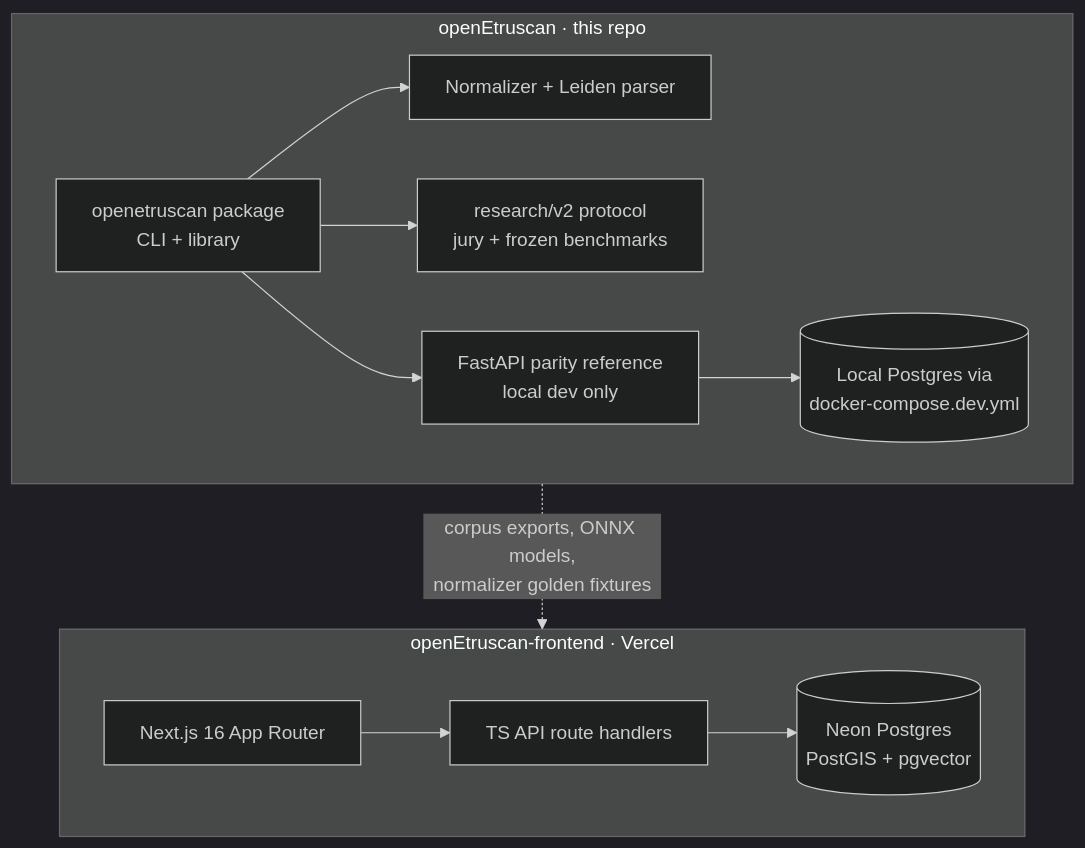
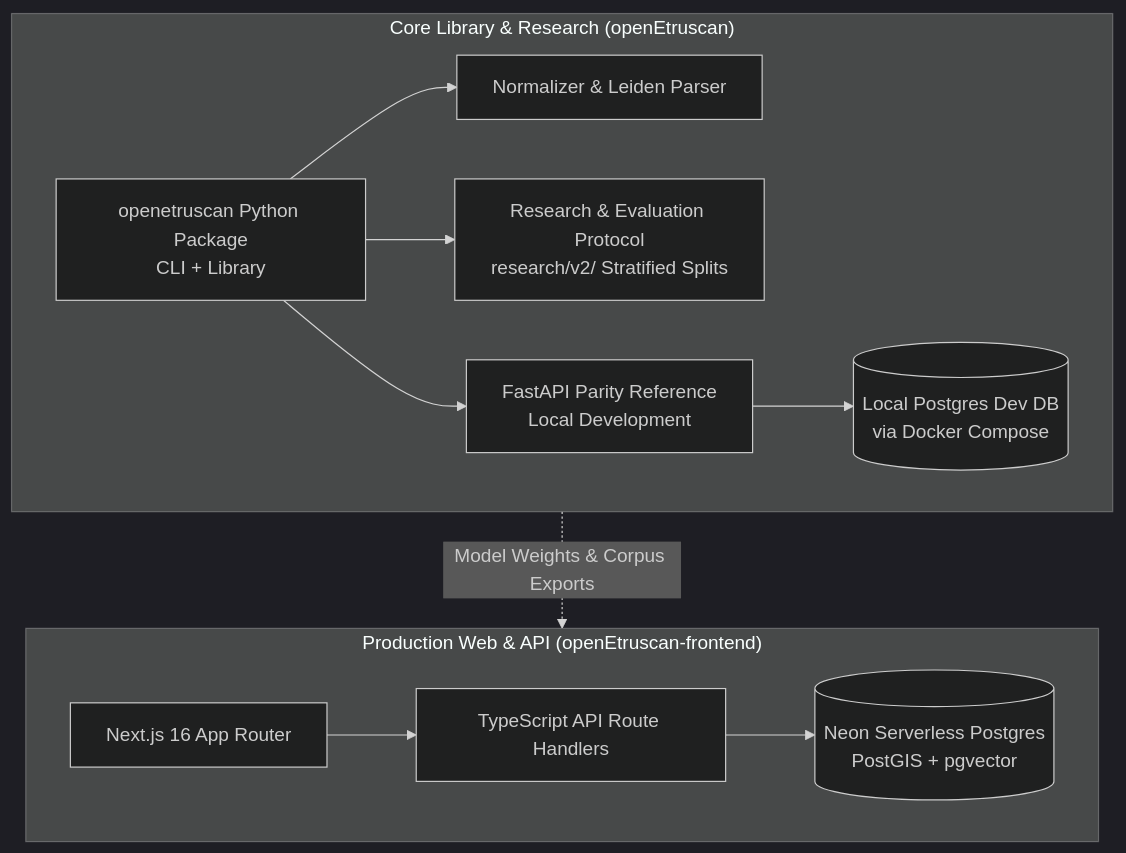
Before and after one commit to Eddy1919/openEtruscan: the diagram in docs/ARCHITECTURE.md, drawn with Mermaid (dark theme). The commit also changed other lines of this file and 6 other files, not shown here.

````diff
--- a/docs/ARCHITECTURE.md
+++ b/docs/ARCHITECTURE.md
@@ -16,16 +8,16 @@
 ```mermaid
 graph TD
-    subgraph Production [openEtruscan-frontend · Vercel]
-        A[Next.js 16 App Router] --> B[TS API route handlers]
-        B --> C[(Neon Postgres<br/>PostGIS + pgvector)]
+    subgraph Production ["Production Web & API (openEtruscan-frontend)"]
+        A[Next.js 16 App Router] --> B[TypeScript API Route Handlers]
+        B --> C[(Neon Serverless Postgres<br/>PostGIS + pgvector)]
     end
 
-    subgraph Research [openEtruscan · this repo]
-        D[openetruscan package<br/>CLI + library] --> E[Normalizer + Leiden parser]
-        D --> F[research/v2 protocol<br/>jury + frozen benchmarks]
-        D --> G[FastAPI parity reference<br/>local dev only]
-        G --> H[(Local Postgres via<br/>docker-compose.dev.yml)]
+    subgraph Research ["Core Library & Research (openEtruscan)"]
+        D[openetruscan Python Package<br/>CLI + Library] --> E[Normalizer & Leiden Parser]
+        D --> F[Research & Evaluation Protocol<br/>research/v2/ Stratified Splits]
+        D --> G[FastAPI Parity Reference<br/>Local Development]
+        G --> H[(Local Postgres Dev DB<br/>via Docker Compose)]
     end
 
-    Research -. corpus exports, ONNX models,<br/>normalizer golden fixtures .-> Production
+    Research -. Model Weights & Corpus Exports .-> Production
 ```
````
